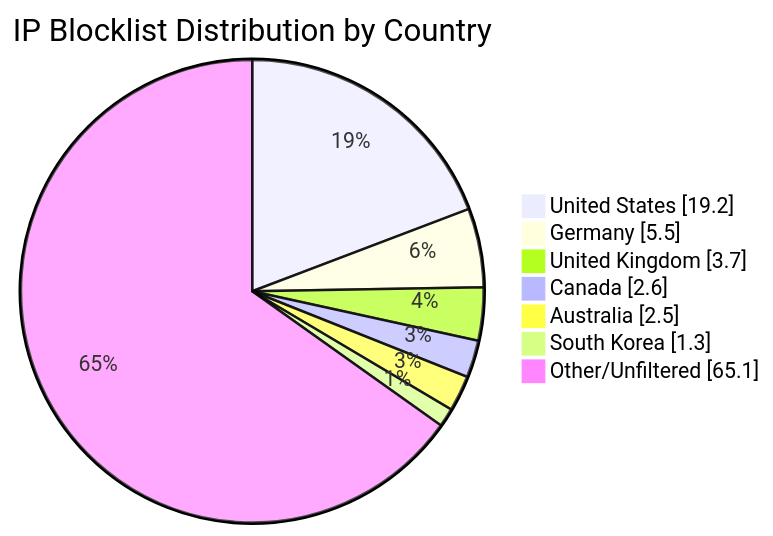
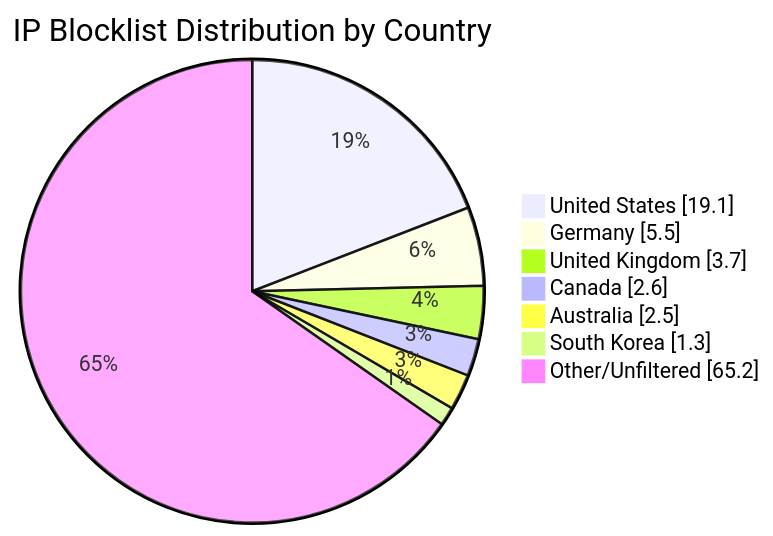
One commit to MarcusHoltz/ipblocklist-geofiltered-aggregator changed the diagram in README.md. Above: the diagram before and after it, drawn with Mermaid. The commit also changed other lines of this file and 9 other files, not shown here.

````diff
--- a/README.md
+++ b/README.md
@@ -34,10 +34,10 @@
 ```mermaid
 pie showData title IP Blocklist Distribution by Country
-"United States" : 19.2
+"United States" : 19.1
 "Germany" : 5.5
 "United Kingdom" : 3.7
 "Canada" : 2.6
 "Australia" : 2.5
 "South Korea" : 1.3
-"Other/Unfiltered" : 65.1
+"Other/Unfiltered" : 65.2
 ```
````
